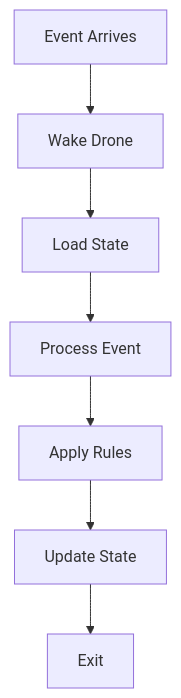
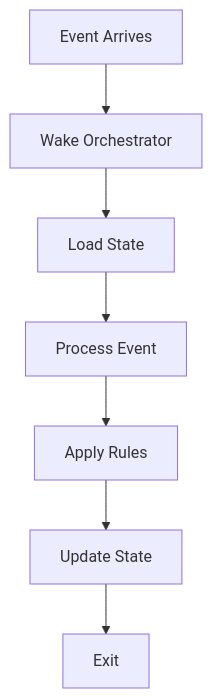
Before and after one commit to leeson1/Hive-Design: the first of 4 diagrams in docs/02-governance/03-Drone-Operating-Model.md, drawn with Mermaid. The commit also changed other lines of this file and 40 other files, not shown here.

````diff
--- a/docs/02-governance/03-Drone-Operating-Model.md
+++ b/docs/02-governance/03-Drone-Operating-Model.md
@@ -67,9 +72,9 @@
 ```mermaid
 flowchart TD
-    A["Event Arrives"] --> B["Wake Drone"]
+    A["Event Arrives"] --> B["Wake Orchestrator"]
     B --> C["Load State"]
     C --> D["Process Event"]
     D --> E["Apply Rules"]
     E --> F["Update State"]
     F --> G["Exit"]
 ```
````
